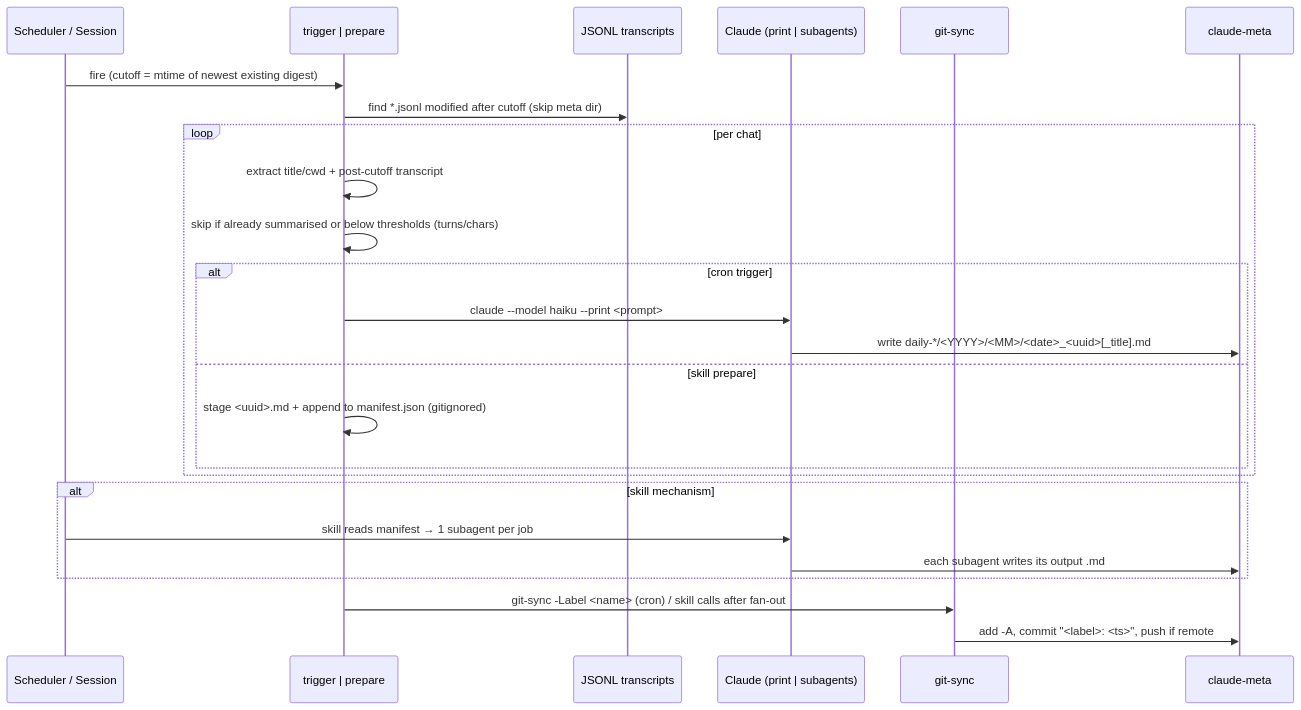
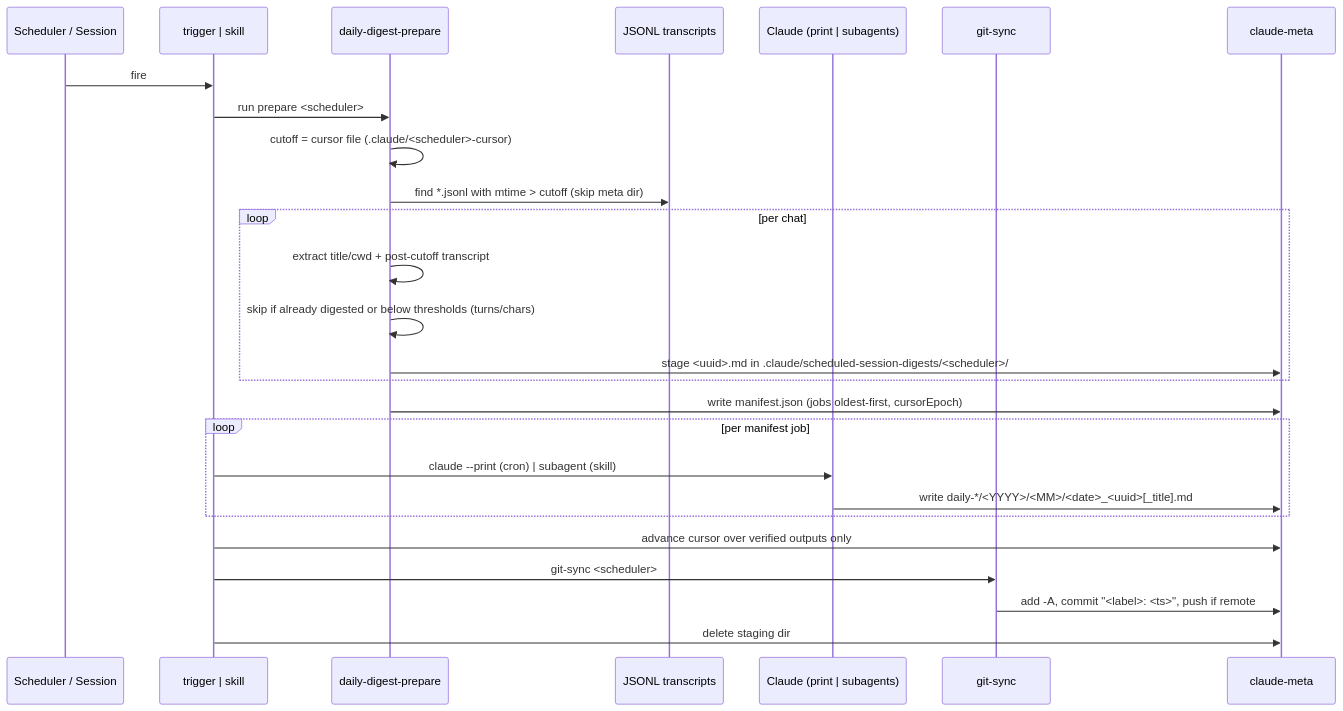
The third of 4 diagrams in .agents_workspace/architecture/tools/scheduled-session-digests/ARCHITECTURE.md (cheneeheng/claude-code-command-center), drawn with Mermaid before and after one commit. The commit also changed other lines of this file and 39 other files, not shown here.

````diff
--- a/.agents_workspace/architecture/tools/scheduled-session-digests/ARCHITECTURE.md
+++ b/.agents_workspace/architecture/tools/scheduled-session-digests/ARCHITECTURE.md
@@ -59,28 +60,29 @@
 ```mermaid
 sequenceDiagram
     participant Sc as Scheduler / Session
-    participant P as trigger | prepare
+    participant T as trigger | skill
+    participant P as daily-digest-prepare
     participant J as JSONL transcripts
     participant CL as Claude (print | subagents)
     participant G as git-sync
     participant M as claude-meta
 
-    Sc->>P: fire (cutoff = mtime of newest existing digest)
-    P->>J: find *.jsonl modified after cutoff (skip meta dir)
+    Sc->>T: fire
+    T->>P: run prepare <scheduler>
+    P->>P: cutoff = cursor file (.claude/<scheduler>-cursor)
+    P->>J: find *.jsonl with mtime > cutoff (skip meta dir)
     loop per chat
         P->>P: extract title/cwd + post-cutoff transcript
-        P->>P: skip if already summarised or below thresholds (turns/chars)
-        alt cron trigger
-            P->>CL: claude --model haiku --print <prompt>
-            CL->>M: write daily-*/<YYYY>/<MM>/<date>_<uuid>[_title].md
-        else skill prepare
-            P->>P: stage <uuid>.md + append to manifest.json (gitignored)
-        end
+        P->>P: skip if already digested or below thresholds (turns/chars)
+        P->>M: stage <uuid>.md in .claude/scheduled-session-digests/<scheduler>/
     end
-    alt skill mechanism
-        Sc->>CL: skill reads manifest → 1 subagent per job
-        CL->>M: each subagent writes its output .md
+    P->>M: write manifest.json (jobs oldest-first, cursorEpoch)
+    loop per manifest job
+        T->>CL: claude --print (cron) | subagent (skill)
+        CL->>M: write daily-*/<YYYY>/<MM>/<date>_<uuid>[_title].md
     end
-    P->>G: git-sync -Label <name> (cron) / skill calls after fan-out
+    T->>M: advance cursor over verified outputs only
+    T->>G: git-sync <scheduler>
     G->>M: add -A, commit "<label>: <ts>", push if remote
+    T->>M: delete staging dir
 ```
````
